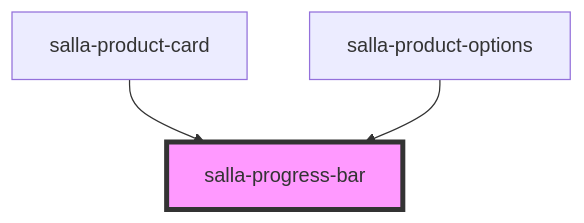
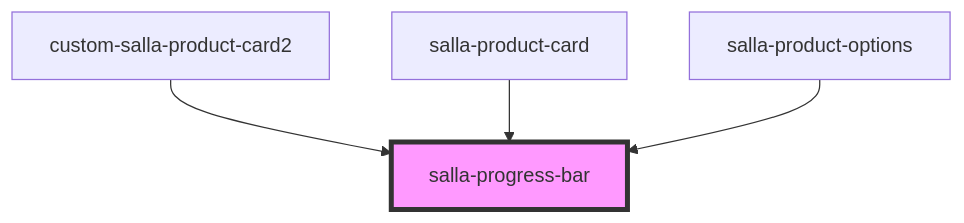
The diagram in src/components/salla-progress-bar/readme.md (Almo7aya/twilight-components_test), drawn with Mermaid before and after one commit. The commit also changed other lines of this file and 11 other files, not shown here.

````diff
--- a/src/components/salla-progress-bar/readme.md
+++ b/src/components/salla-progress-bar/readme.md
@@ -31,6 +32,7 @@
 ```mermaid
 graph TD;
+  custom-salla-product-card2 --> salla-progress-bar
   salla-product-card --> salla-progress-bar
   salla-product-options --> salla-progress-bar
   style salla-progress-bar fill:#f9f,stroke:#333,stroke-width:4px
 ```
````
